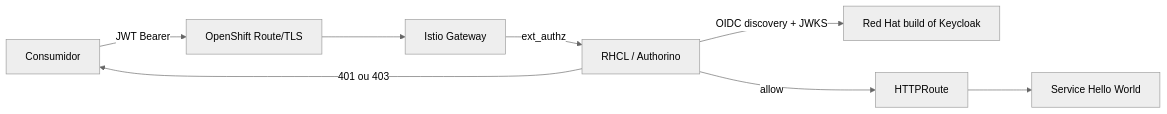
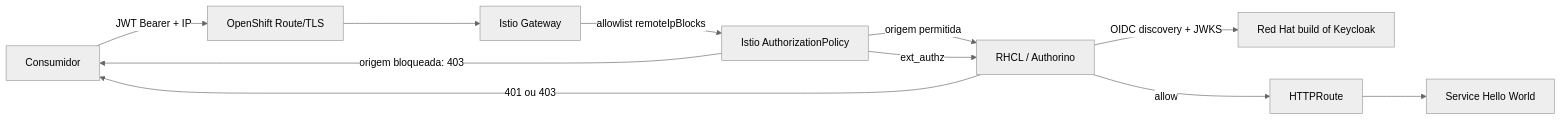
Before and after one commit to dsferreira54/sef: the diagram in docs/README.md, drawn with Mermaid (neutral theme). The commit also changed other lines of this file and 6 other files, not shown here.

````diff
--- a/docs/README.md
+++ b/docs/README.md
@@ -23,10 +26,13 @@
 ```mermaid
 flowchart LR
-  C[Consumidor] -->|JWT Bearer| R[OpenShift Route/TLS]
+  C[Consumidor] -->|JWT Bearer + IP| R[OpenShift Route/TLS]
   R --> G[Istio Gateway]
-  G -->|ext_authz| A[RHCL / Authorino]
+  G -->|allowlist remoteIpBlocks| I[Istio AuthorizationPolicy]
+  I -->|origem permitida| A
+  I -->|origem bloqueada: 403| C
+  I -->|ext_authz| A[RHCL / Authorino]
   A -->|OIDC discovery + JWKS| K[Red Hat build of Keycloak]
   A -->|allow| H[HTTPRoute]
   H --> S[Service Hello World]
   A -->|401 ou 403| C
 ```
````
